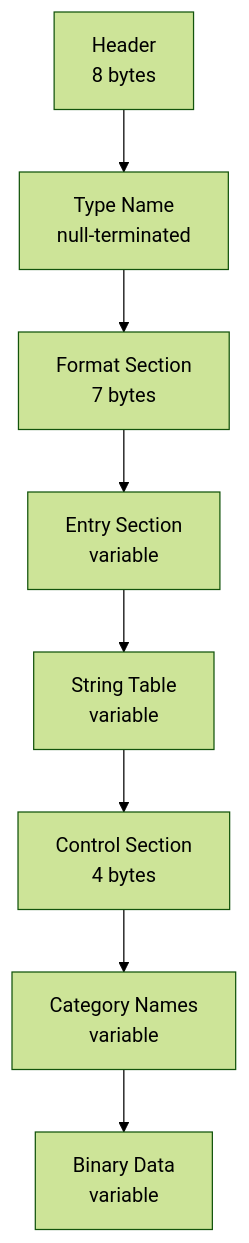
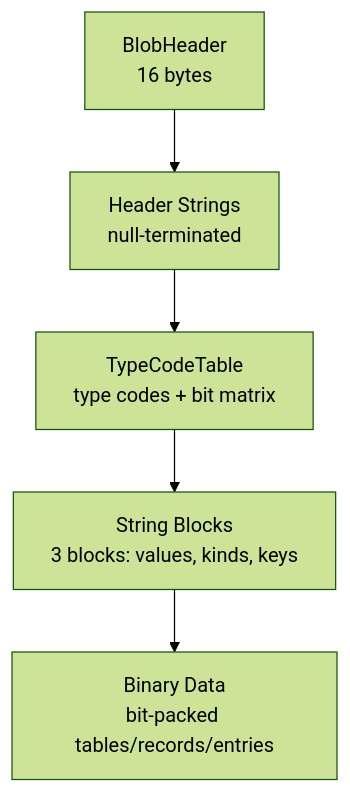
The second of 2 diagrams in docs/06-ncs-format.md (monokrome/bl4), drawn with Mermaid (forest theme) before and after one commit. The commit also changed other lines of this file, not shown here.

First line of the commit message:
docs(ncs): rewrite content format section for current parser

````diff
--- a/docs/06-ncs-format.md
+++ b/docs/06-ncs-format.md
@@ -32,10 +32,7 @@
 ```mermaid
 flowchart TB
-    A[Header<br/>8 bytes] --> B[Type Name<br/>null-terminated]
-    B --> C[Format Section<br/>7 bytes]
-    C --> D[Entry Section<br/>variable]
-    D --> E[String Table<br/>variable]
-    E --> F[Control Section<br/>4 bytes]
-    F --> G[Category Names<br/>variable]
-    G --> H[Binary Data<br/>variable]
+    A[BlobHeader<br/>16 bytes] --> B[Header Strings<br/>null-terminated]
+    B --> C[TypeCodeTable<br/>type codes + bit matrix]
+    C --> D[String Blocks<br/>3 blocks: values, kinds, keys]
+    D --> E[Binary Data<br/>bit-packed tables/records/entries]
 ```
````
